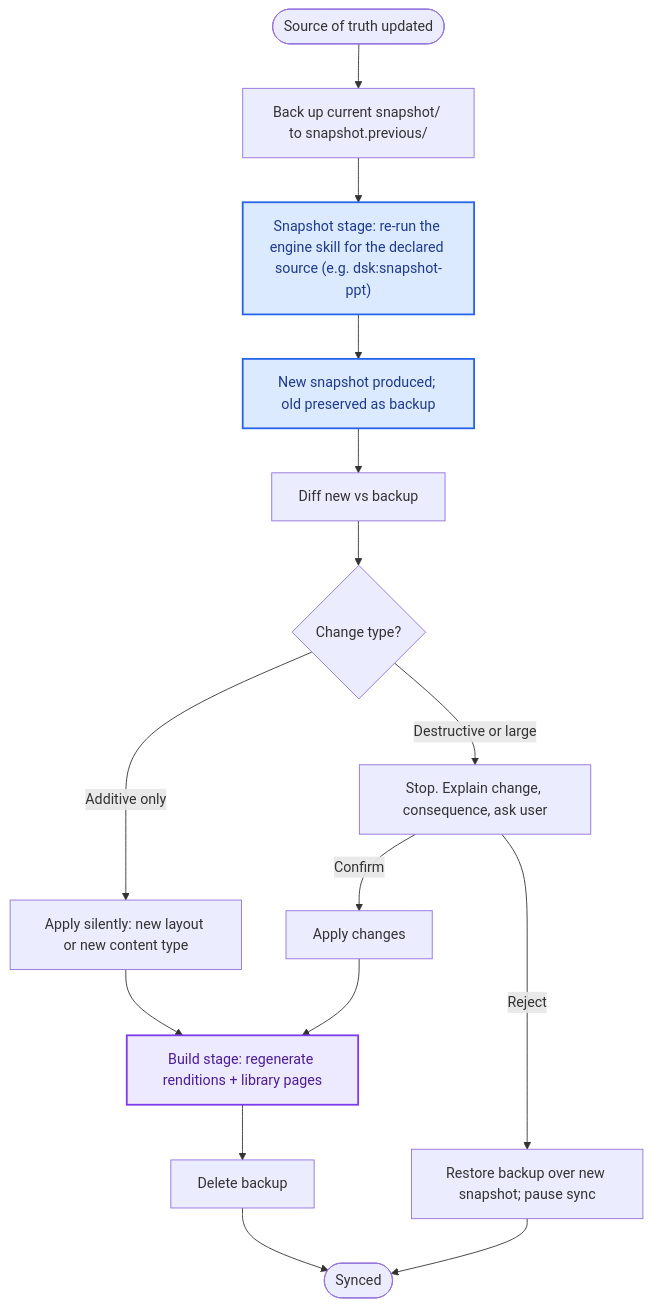
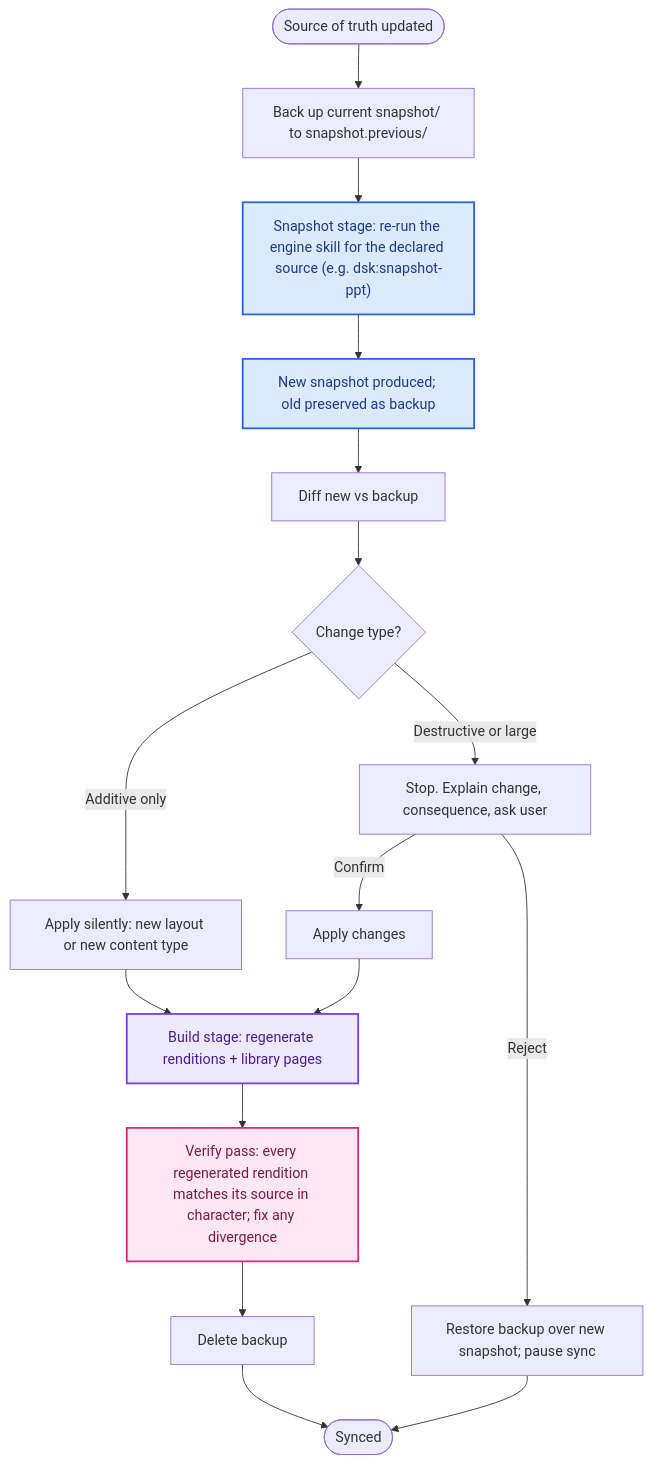
The fourth of 5 diagrams in dsk/skills/context/lifecycles.md (dawid-dahl-umain/design-system-kernel), drawn with Mermaid before and after one commit. The commit also changed other lines of this file and 3 other files, not shown here.

````diff
--- a/dsk/skills/context/lifecycles.md
+++ b/dsk/skills/context/lifecycles.md
@@ -137,22 +142,25 @@
 ```mermaid
 flowchart TD
     SourceChanged([Source of truth updated]) --> Backup["Back up current snapshot/ to snapshot.previous/"]
     Backup --> ReSnapshot["Snapshot stage: re-run the engine skill for the declared source (e.g. dsk:snapshot-ppt)"]
     ReSnapshot --> NewSnapshot[New snapshot produced; old preserved as backup]
     NewSnapshot --> Diff[Diff new vs backup]
     Diff --> Classify{Change type?}
     Classify -->|Additive only| AutoApply[Apply silently: new layout or new content type]
     Classify -->|Destructive or large| AskUser[Stop. Explain change, consequence, ask user]
     AskUser -->|Confirm| Apply[Apply changes]
     AskUser -->|Reject| Rollback[Restore backup over new snapshot; pause sync]
     AutoApply --> RegenArtifacts["Build stage: regenerate renditions + library pages"]
     Apply --> RegenArtifacts
-    RegenArtifacts --> Cleanup[Delete backup]
+    RegenArtifacts --> Verify["Verify pass: every regenerated rendition matches its source in character; fix any divergence"]
+    Verify --> Cleanup[Delete backup]
     Cleanup --> Done([Synced])
     Rollback --> Done
 
     classDef snapshotStage fill:#dbeafe,stroke:#2563eb,stroke-width:2px,color:#1e3a8a
     classDef buildStage    fill:#ede9fe,stroke:#7c3aed,stroke-width:2px,color:#4c1d95
+    classDef verifyStage   fill:#fce7f3,stroke:#db2777,stroke-width:2px,color:#831843
     class ReSnapshot,NewSnapshot snapshotStage
     class RegenArtifacts buildStage
+    class Verify verifyStage
 ```
````
